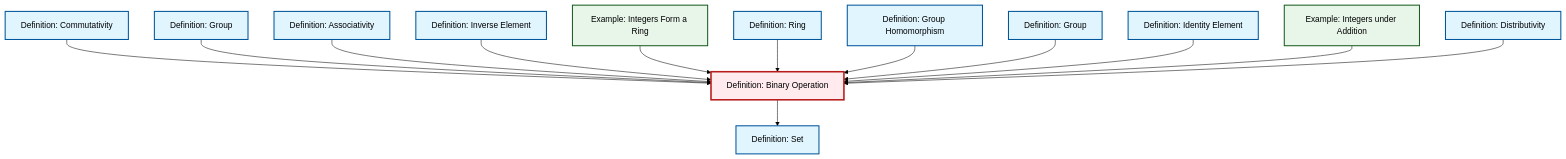
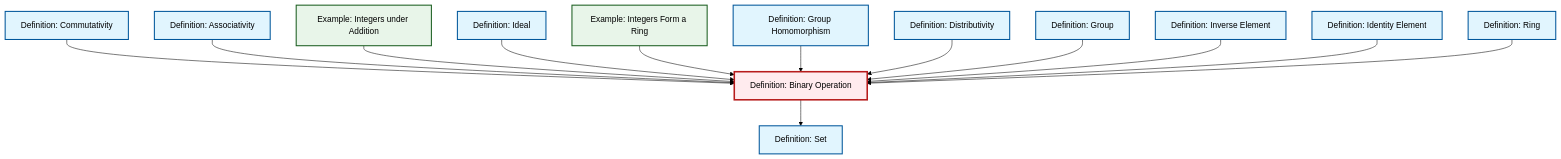
The diagram in content/en/algebra/def-binary-operation.qmd (RK0429/ModernMath), drawn with Mermaid (forest theme) before and after one commit. The commit also changed 530 other files, not shown here.

````diff
--- a/content/en/algebra/def-binary-operation.qmd
+++ b/content/en/algebra/def-binary-operation.qmd
@@ -52,47 +52,47 @@
 ```{mermaid}
 %%| fig-cap: "Local dependency graph"
 graph TD
     classDef definition fill:#e1f5fe,stroke:#01579b,stroke-width:2px
     classDef theorem fill:#f3e5f5,stroke:#4a148c,stroke-width:2px
     classDef axiom fill:#fff3e0,stroke:#e65100,stroke-width:2px
     classDef example fill:#e8f5e9,stroke:#1b5e20,stroke-width:2px
     classDef current fill:#ffebee,stroke:#b71c1c,stroke-width:3px
-    def-inverse-element["Definition: Inverse Element"]:::definition
+    def-identity-element["Definition: Identity Element"]:::definition
+    def-ideal["Definition: Ideal"]:::definition
     def-set["Definition: Set"]:::definition
     def-associativity["Definition: Associativity"]:::definition
-    def-identity-element["Definition: Identity Element"]:::definition
-    def-ring["Definition: Ring"]:::definition
-    def-binary-operation["Definition: Binary Operation"]:::definition
-    def-commutativity["Definition: Commutativity"]:::definition
+    def-group["Definition: Group"]:::definition
     ex-integers-addition["Example: Integers under Addition"]:::example
     def-homomorphism["Definition: Group Homomorphism"]:::definition
-    def-group["Definition: Group"]:::definition
+    def-inverse-element["Definition: Inverse Element"]:::definition
+    def-ring["Definition: Ring"]:::definition
+    def-commutativity["Definition: Commutativity"]:::definition
+    def-distributivity["Definition: Distributivity"]:::definition
     ex-integers-ring["Example: Integers Form a Ring"]:::example
-    def-group-example["Definition: Group"]:::definition
-    def-distributivity["Definition: Distributivity"]:::definition
+    def-binary-operation["Definition: Binary Operation"]:::definition
     def-commutativity --> def-binary-operation
-    def-group-example --> def-binary-operation
+    def-binary-operation --> def-set
     def-associativity --> def-binary-operation
+    ex-integers-addition --> def-binary-operation
+    def-ideal --> def-binary-operation
+    ex-integers-ring --> def-binary-operation
+    def-homomorphism --> def-binary-operation
+    def-distributivity --> def-binary-operation
+    def-group --> def-binary-operation
     def-inverse-element --> def-binary-operation
-    ex-integers-ring --> def-binary-operation
+    def-identity-element --> def-binary-operation
     def-ring --> def-binary-operation
-    def-homomorphism --> def-binary-operation
-    def-group --> def-binary-operation
-    def-identity-element --> def-binary-operation
-    ex-integers-addition --> def-binary-operation
-    def-binary-operation --> def-set
-    def-distributivity --> def-binary-operation
     class def-binary-operation current
-    click def-inverse-element "def-inverse-element.html" "Go to Inverse Element definition"
+    click def-identity-element "def-identity-element.html" "Go to Identity Element definition"
+    click def-ideal "def-ideal.html" "Go to Ideal definition"
     click def-set "def-set.html" "Go to Set definition"
     click def-associativity "def-associativity.html" "Go to Associativity definition"
-    click def-identity-element "def-identity-element.html" "Go to Identity Element definition"
+    click def-group "def-group.html" "Go to Group definition"
+    click ex-integers-addition "ex-integers-addition.html" "Go to Integers under Addition example"
+    click def-homomorphism "def-homomorphism.html" "Go to Group Homomorphism definition"
+    click def-inverse-element "def-inverse-element.html" "Go to Inverse Element definition"
     click def-ring "def-ring.html" "Go to Ring definition"
     click def-commutativity "def-commutativity.html" "Go to Commutativity definition"
-    click ex-integers-addition "ex-integers-addition.html" "Go to Integers under Addition example"
-    click def-homomorphism "def-homomorphism.html" "Go to Group Homomorphism definition"
-    click def-group "def-group.html" "Go to Group definition"
+    click def-distributivity "def-distributivity.html" "Go to Distributivity definition"
     click ex-integers-ring "ex-integers-ring.html" "Go to Integers Form a Ring example"
-    click def-group-example "def-group-example.html" "Go to Group definition"
-    click def-distributivity "def-distributivity.html" "Go to Distributivity definition"
 ```
````
